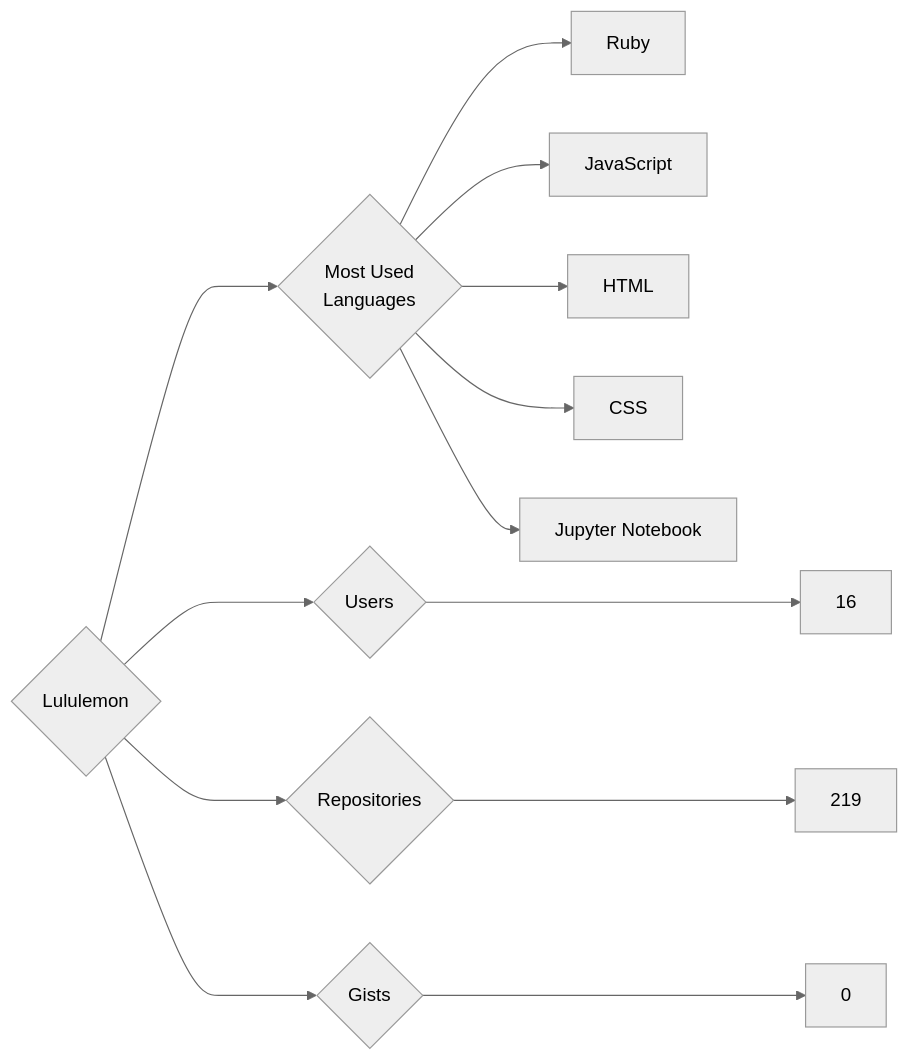
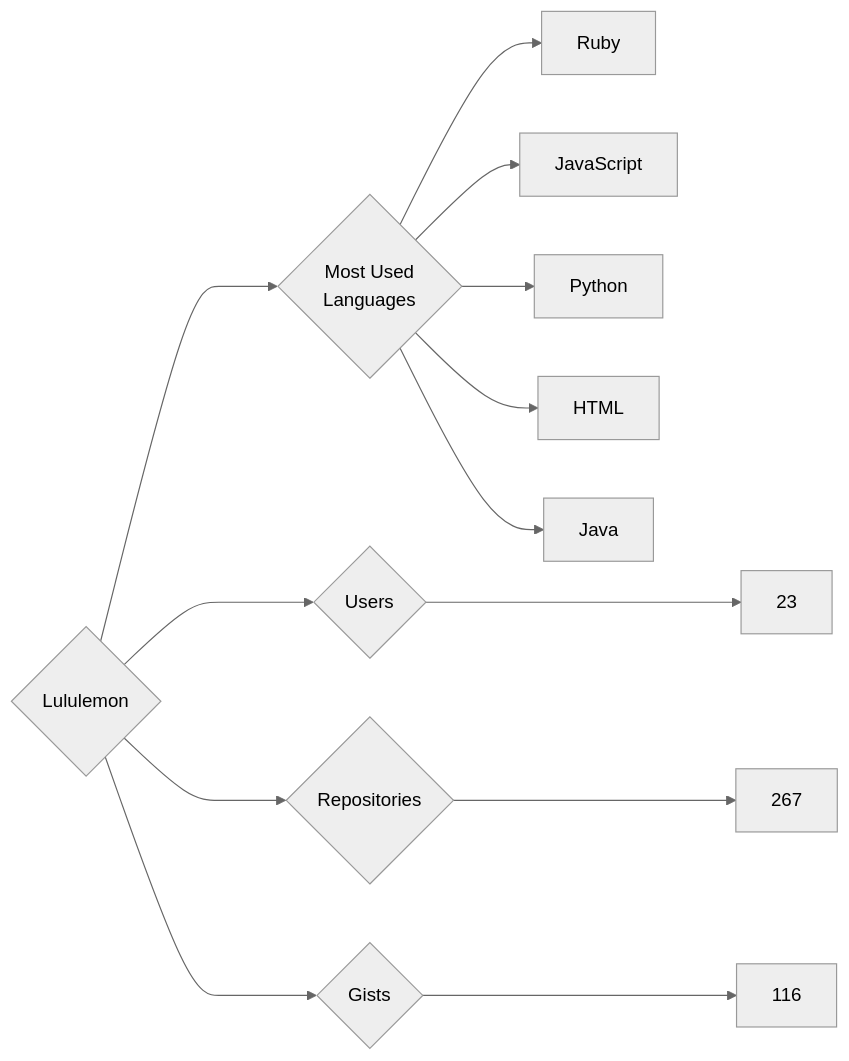
The diagram in targets/Lululemon/README.md (trickest/insiders), drawn with Mermaid (neutral theme) before and after one commit. The commit also changed 932 other files, not shown here.

````diff
--- a/targets/Lululemon/README.md
+++ b/targets/Lululemon/README.md
@@ -3,13 +3,13 @@
 ```mermaid
 graph LR
 COMPANY_NAME{Lululemon}
-COMPANY_NAME ---> U{Users} ---> UN[16]
-COMPANY_NAME ---> R{Repositories} ---> RN[219]
-COMPANY_NAME ---> G{Gists} ---> GN[0]
+COMPANY_NAME ---> U{Users} ---> UN[23]
+COMPANY_NAME ---> R{Repositories} ---> RN[267]
+COMPANY_NAME ---> G{Gists} ---> GN[116]
 COMPANY_NAME ---> ML{Most Used<br>Languages}
 ML --> Ruby[Ruby]
 ML --> JavaScript[JavaScript]
+ML --> Python[Python]
 ML --> HTML[HTML]
-ML --> CSS[CSS]
-ML --> Jupyter_Notebook[Jupyter Notebook]
+ML --> Java[Java]
 ```
````
